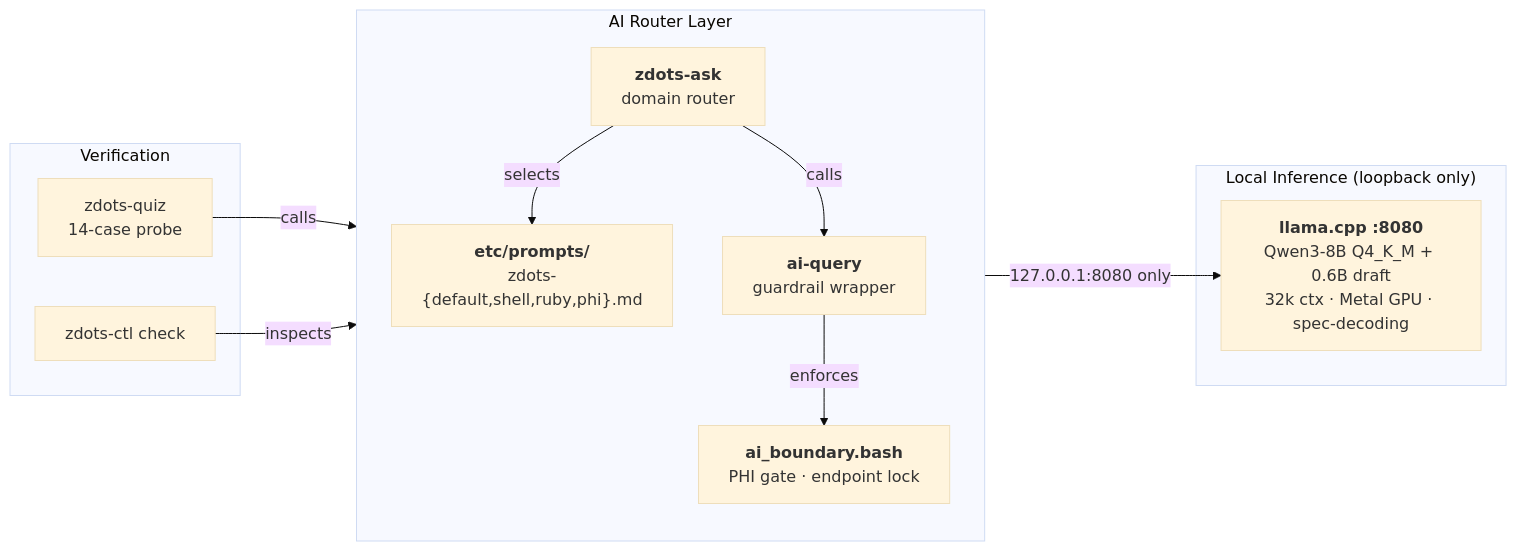
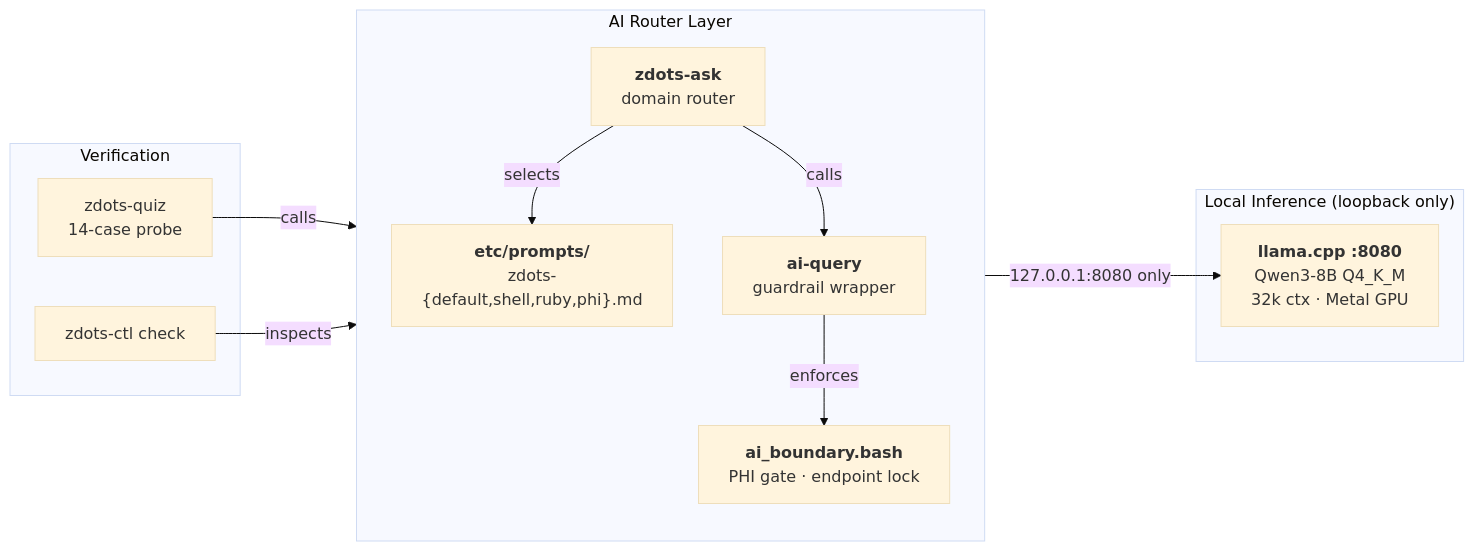
One commit to just3ws/zdots changed the fourth of 4 diagrams in README.md. Above: the diagram before and after it, drawn with Mermaid (base theme). The commit also changed other lines of this file, not shown here.

````diff
--- a/README.md
+++ b/README.md
@@ -230,26 +232,26 @@
 ```mermaid
 flowchart LR
     subgraph Router["AI Router Layer"]
         direction TB
         ask["<b>zdots-ask</b>\ndomain router"]
         prompts["<b>etc/prompts/</b>\nzdots-{default,shell,ruby,phi}.md"]
         aiquery["<b>ai-query</b>\nguardrail wrapper"]
         boundary["<b>ai_boundary.bash</b>\nPHI gate · endpoint lock"]
         ask -->|selects| prompts
         ask -->|calls| aiquery
         aiquery -->|enforces| boundary
     end
 
     subgraph Inference["Local Inference (loopback only)"]
-        llama["<b>llama.cpp :8080</b><br/>Qwen3-8B Q4_K_M + 0.6B draft<br/>32k ctx · Metal GPU · spec-decoding"]
+        llama["<b>llama.cpp :8080</b><br/>Qwen3-8B Q4_K_M<br/>32k ctx · Metal GPU"]
     end
 
     subgraph Ops["Verification"]
         ctl["zdots-ctl check"]
         quiz["zdots-quiz\n14-case probe"]
         quiz -->|calls| ask
         ctl -->|inspects| ask
     end
 
     boundary -->|127.0.0.1:8080 only| llama
 ```
````
